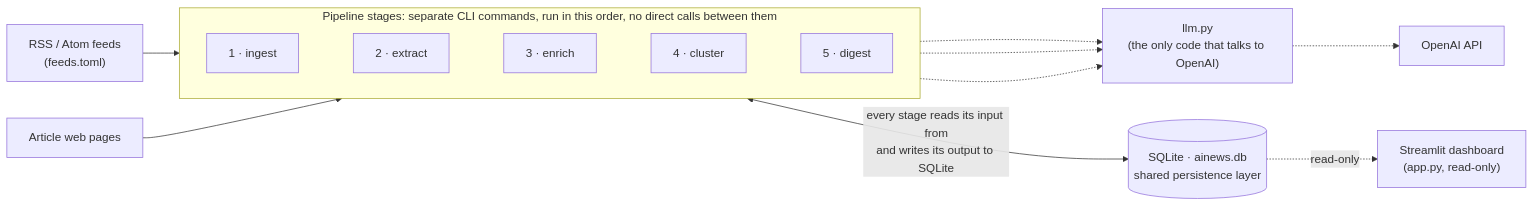
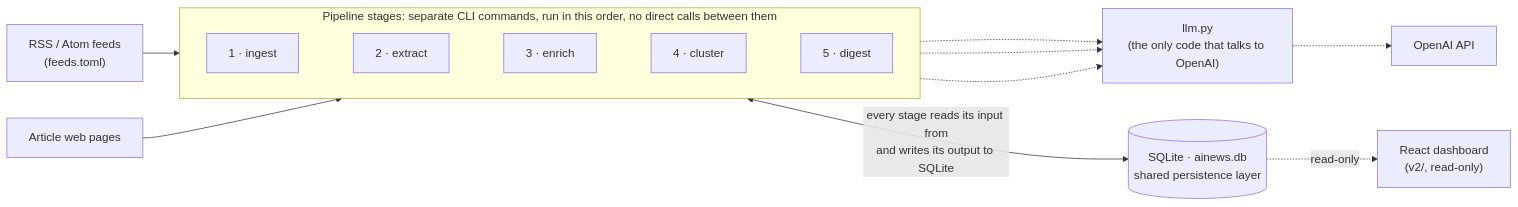
One commit to notrealjulia/daily-ai-news changed the first of 2 diagrams in README.md. Above: the diagram before and after it, drawn with Mermaid. The commit also changed other lines of this file and 10 other files, not shown here.

````diff
--- a/README.md
+++ b/README.md
@@ -10,22 +10,22 @@
 ```mermaid
 flowchart LR
     RSS["RSS / Atom feeds<br/>(feeds.toml)"]
     WEB["Article web pages"]
     OAI["OpenAI API"]
 
     subgraph STAGES["Pipeline stages: separate CLI commands, run in this order, no direct calls between them"]
         direction LR
         ING["1 · ingest"] ~~~ EXT["2 · extract"] ~~~ ENR["3 · enrich"] ~~~ CLU["4 · cluster"] ~~~ DIG["5 · digest"]
     end
 
     LLM["llm.py<br/>(the only code that talks to OpenAI)"]
     DB[("SQLite · ainews.db<br/>shared persistence layer")]
-    UI["Streamlit dashboard<br/>(app.py, read-only)"]
+    UI["React dashboard<br/>(v2/, read-only)"]
 
     RSS --> ING
     WEB --> EXT
     ENR & CLU & DIG -.-> LLM
     LLM -.-> OAI
     STAGES <-->|"every stage reads its input from<br/>and writes its output to SQLite"| DB
     DB -.->|"read-only"| UI
 ```
````
